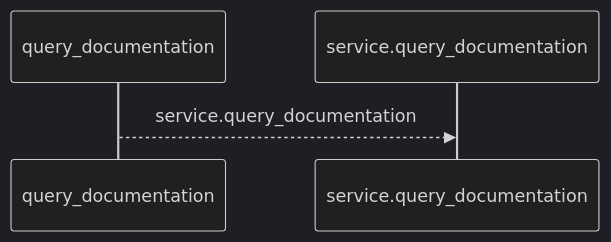
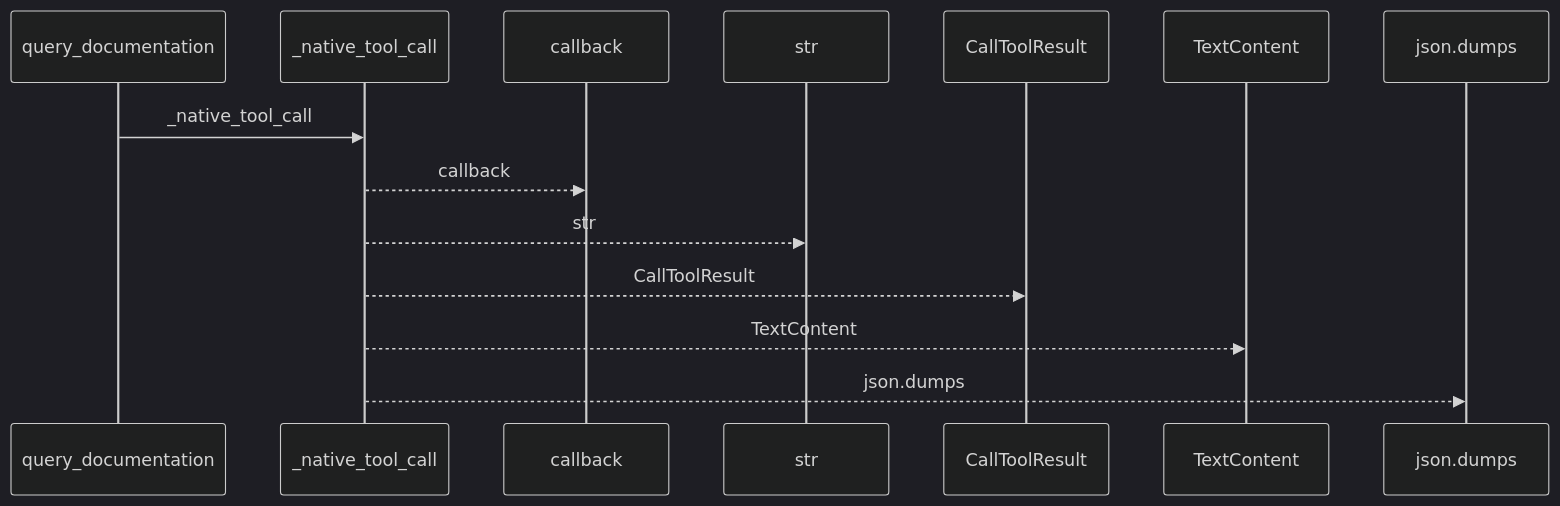
Before and after one commit to Denissvgn/python-wiki-llm: the first of 2 diagrams in docs/llm_wiki/flows/mcp-query_documentation.md, drawn with Mermaid (dark theme). The commit also changed other lines of this file and 398 other files, not shown here.

````diff
--- a/docs/llm_wiki/flows/mcp-query_documentation.md
+++ b/docs/llm_wiki/flows/mcp-query_documentation.md
@@ -10,6 +10,16 @@
 ```mermaid
 sequenceDiagram
     participant p0 as query_documentation
-    participant p1 as service.query_documentation
-    p0-->>p1: service.query_documentation
+    participant p1 as _native_tool_call
+    participant p2 as callback
+    participant p3 as str
+    participant p4 as CallToolResult
+    participant p5 as TextContent
+    participant p6 as json.dumps
+    p0->>p1: _native_tool_call
+    p1-->>p2: callback
+    p1-->>p3: str
+    p1-->>p4: CallToolResult
+    p1-->>p5: TextContent
+    p1-->>p6: json.dumps
 ```
````
